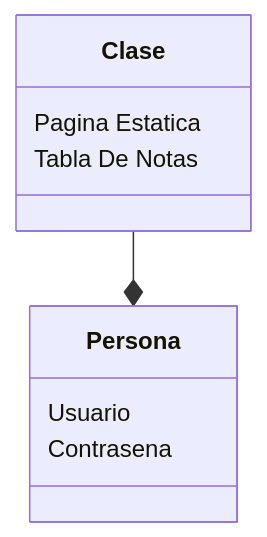
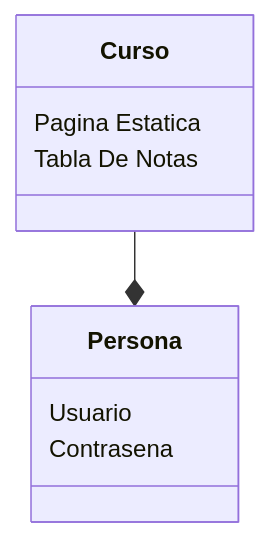
The diagram in README.md (camila-salvia/pagina-universitaria-dsw), drawn with Mermaid before and after one commit. The commit also changed other lines of this file, not shown here.

````diff
--- a/README.md
+++ b/README.md
@@ -20,12 +20,12 @@
 ```mermaid
 classDiagram
-  Clase --* Persona
-  class Clase{
+  Curso --* Persona
+  class Curso{
       Pagina Estatica
       Tabla De Notas
   }
   class Persona{
       Usuario
       Contrasena
   }
 ```
````
